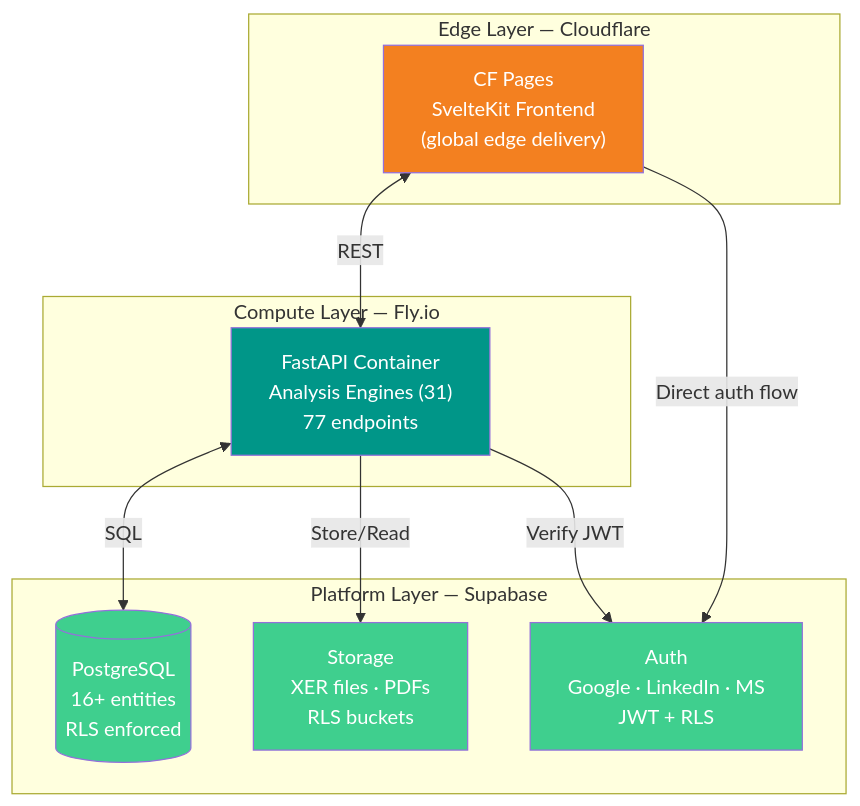
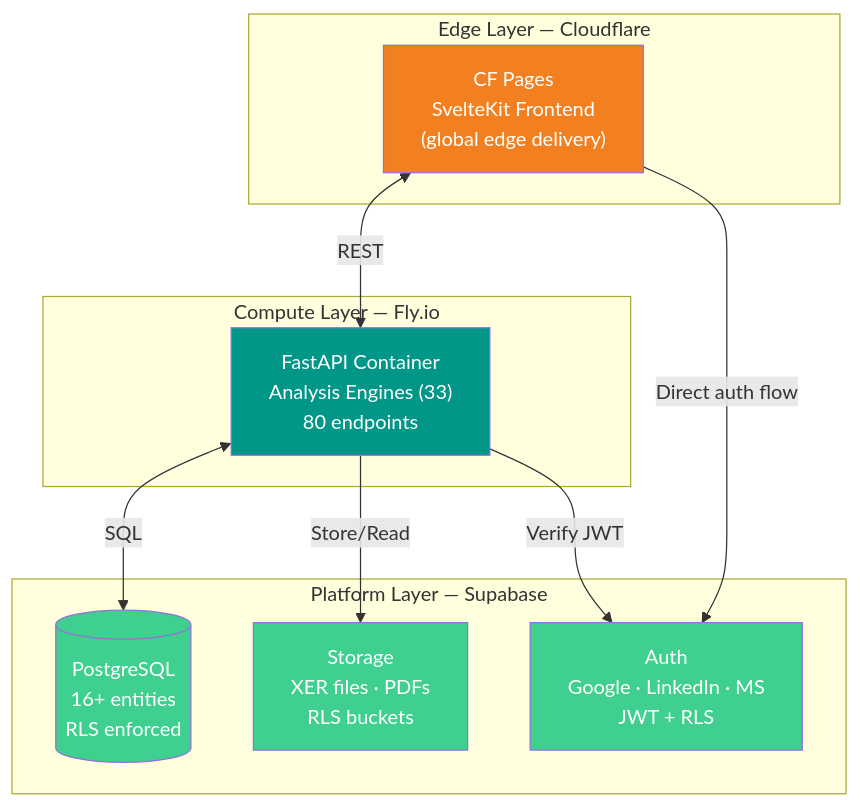
Before and after one commit to VitorMRodovalho/meridianiq: the first of 2 diagrams in README.md, drawn with Mermaid. The commit also changed other lines of this file and 3 other files, not shown here.

First line of the commit message:
docs: comprehensive session documentation — bugs, backlog, roadmap, memory, sidebar fixes

````diff
--- a/README.md
+++ b/README.md
@@ -109,28 +112,28 @@
 ```mermaid
 graph TB
     subgraph "Edge Layer — Cloudflare"
         CF_PAGES["CF Pages<br/>SvelteKit Frontend<br/>(global edge delivery)"]
     end
 
     subgraph "Compute Layer — Fly.io"
-        FASTAPI["FastAPI Container<br/>Analysis Engines (31)<br/>77 endpoints"]
+        FASTAPI["FastAPI Container<br/>Analysis Engines (33)<br/>80 endpoints"]
     end
 
     subgraph "Platform Layer — Supabase"
         AUTH["Auth<br/>Google · LinkedIn · MS<br/>JWT + RLS"]
         DB[("PostgreSQL<br/>16+ entities<br/>RLS enforced")]
         STORAGE["Storage<br/>XER files · PDFs<br/>RLS buckets"]
     end
 
     CF_PAGES <-->|"REST"| FASTAPI
     FASTAPI <-->|"SQL"| DB
     FASTAPI -->|"Store/Read"| STORAGE
     FASTAPI -->|"Verify JWT"| AUTH
     CF_PAGES -->|"Direct auth flow"| AUTH
 
     style CF_PAGES fill:#F38020,color:#fff
     style FASTAPI fill:#009688,color:#fff
     style DB fill:#3FCF8E,color:#fff
     style AUTH fill:#3FCF8E,color:#fff
     style STORAGE fill:#3FCF8E,color:#fff
 ```
````
